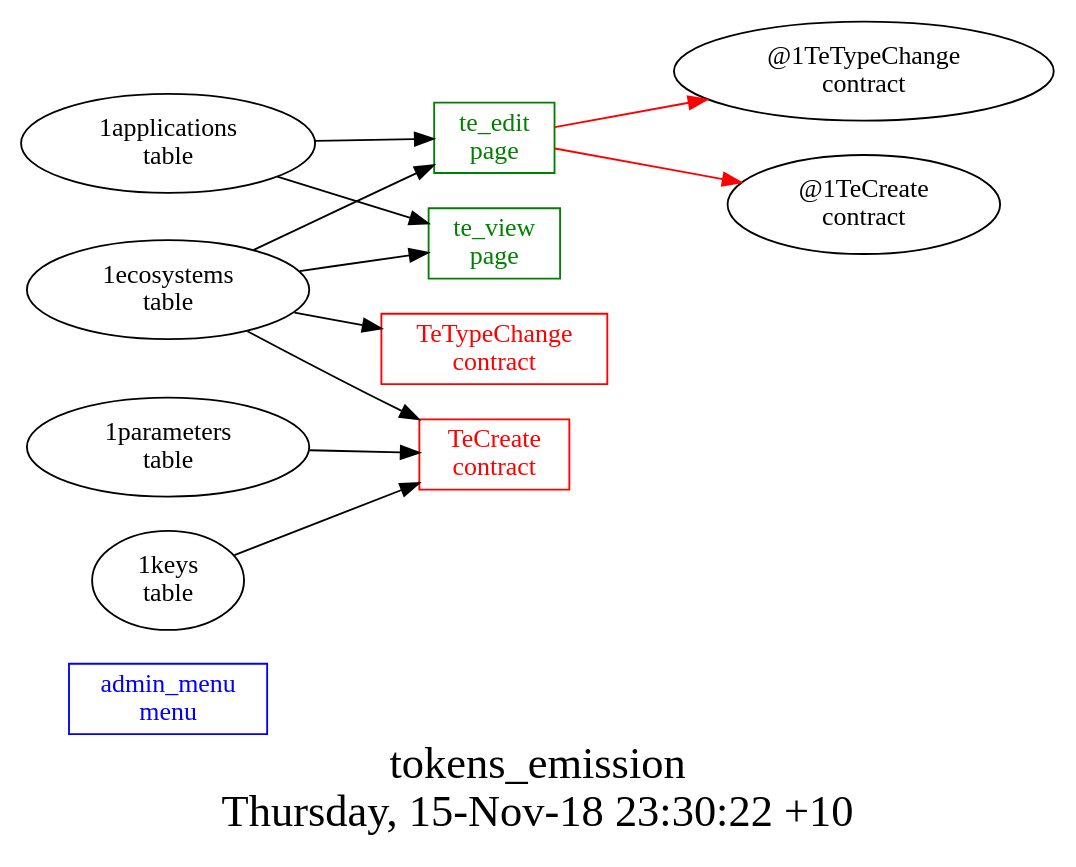
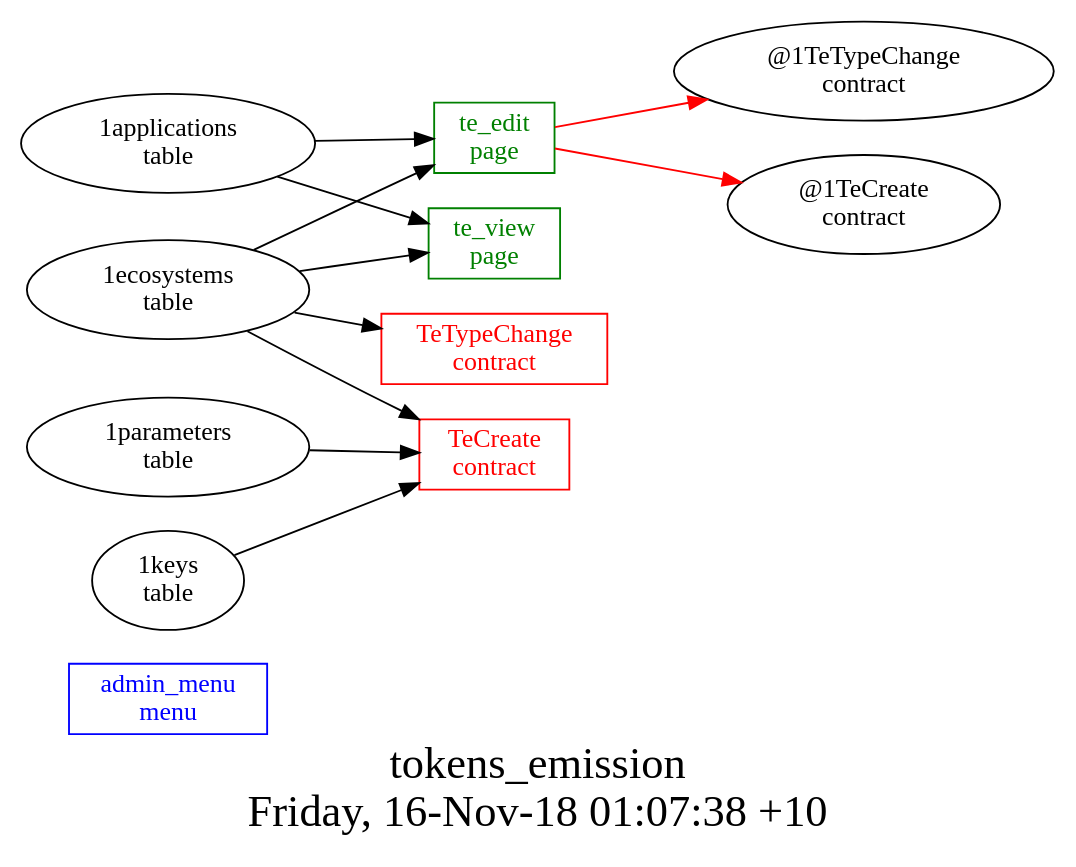
Before and after one commit to AplaProject/apps: the diagram in other/tokens_emission/struct.dot, drawn with Graphviz. The commit also changed 29 other files, not shown here.

```diff
--- a/other/tokens_emission/struct.dot
+++ b/other/tokens_emission/struct.dot
@@ -1,23 +1,23 @@
 digraph G {
 fontsize="24";
-label="tokens_emission\nThursday, 15-Nov-18 23:30:22 +10";
+label="tokens_emission\nFriday, 16-Nov-18 01:07:38 +10";
 nojustify=true;
 ordering=out;
 rankdir=LR;
 size="30";
 "admin_menu\nmenu" [color=blue, fontcolor=blue, group=menus, shape=record];
 "te_edit\npage" -> "@1TeTypeChange\ncontract"  [ color=red ]
 "te_edit\npage" -> "@1TeCreate\ncontract"  [ color=red ]
 "1applications\ntable" -> "te_edit\npage"
 "1ecosystems\ntable" -> "te_edit\npage"
 "te_edit\npage" [color=green, fontcolor=green, group=pages, shape=record];
 "1applications\ntable" -> "te_view\npage"
 "1ecosystems\ntable" -> "te_view\npage"
 "te_view\npage" [color=green, fontcolor=green, group=pages, shape=record];
 "1parameters\ntable" -> "TeCreate\ncontract"
 "1ecosystems\ntable" -> "TeCreate\ncontract"
 "1keys\ntable" -> "TeCreate\ncontract"
 "TeCreate\ncontract" [color=red, fontcolor=red, group=contracts, shape=record];
 "1ecosystems\ntable" -> "TeTypeChange\ncontract"
 "TeTypeChange\ncontract" [color=red, fontcolor=red, group=contracts, shape=record];
 }
```
